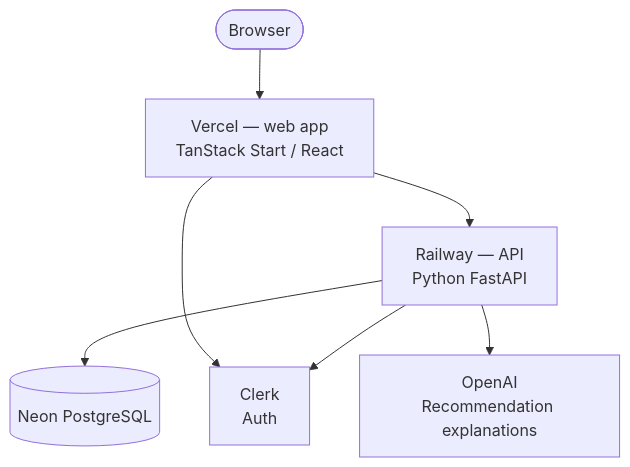
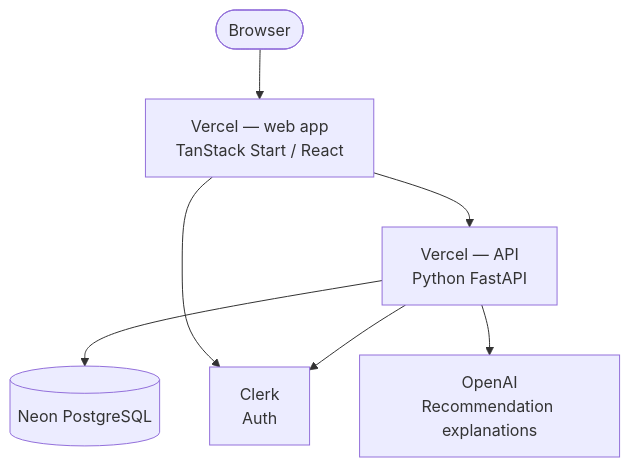
Before and after one commit to Sa-ar/beerolog: the diagram in README.md, drawn with Mermaid. The commit also changed other lines of this file and 19 other files, not shown here.

````diff
--- a/README.md
+++ b/README.md
@@ -7,16 +7,16 @@
 ```mermaid
 graph TD
   Browser([Browser])
   Vercel[Vercel — web app<br/>TanStack Start / React]
-  Railway[Railway — API<br/>Python FastAPI]
+  Api[Vercel — API<br/>Python FastAPI]
   Neon[(Neon PostgreSQL)]
   Clerk[Clerk<br/>Auth]
   OpenAI[OpenAI<br/>Recommendation explanations]
 
   Browser --> Vercel
-  Vercel --> Railway
-  Railway --> Neon
+  Vercel --> Api
+  Api --> Neon
   Vercel --> Clerk
-  Railway --> Clerk
-  Railway --> OpenAI
+  Api --> Clerk
+  Api --> OpenAI
 ```
````
